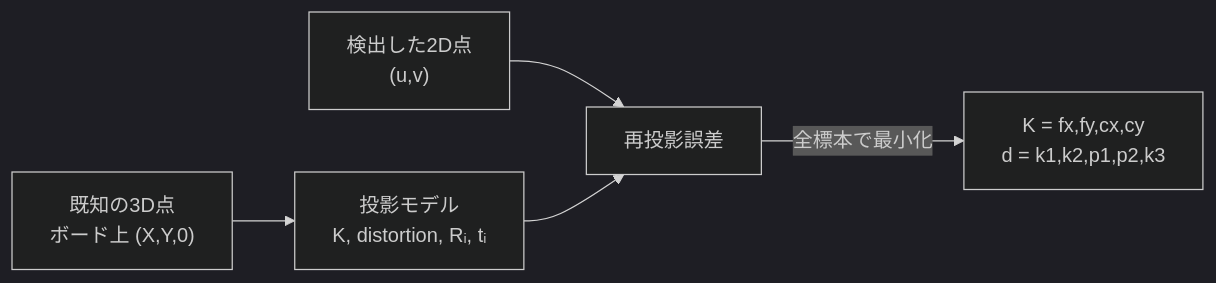
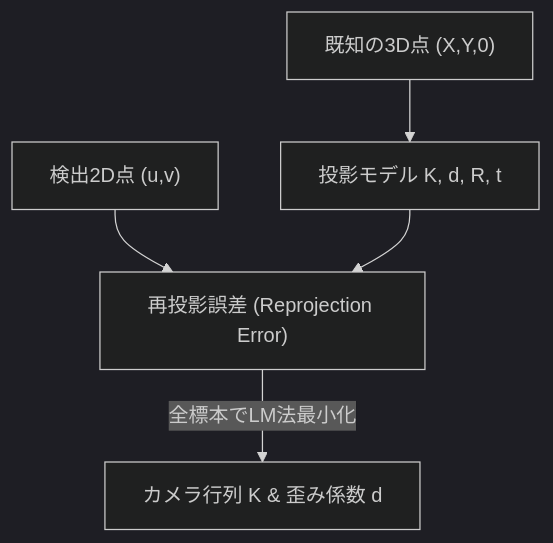
The first of 2 diagrams in presentation.md (tokoik/mfcapture), drawn with Mermaid (dark theme) before and after one commit. The commit also changed other lines of this file and 19 other files, not shown here.

````diff
--- a/presentation.md
+++ b/presentation.md
@@ -97,7 +68,7 @@
 ```mermaid
-flowchart LR
-    A["既知の3D点<br/>ボード上 (X,Y,0)"] --> C["投影モデル<br/>K, distortion, Rᵢ, tᵢ"]
-    B["検出した2D点<br/>(u,v)"] --> D["再投影誤差"]
+flowchart TD
+    A["既知の3D点 (X,Y,0)"] --> C["投影モデル K, d, R, t"]
+    B["検出2D点 (u,v)"] --> D["再投影誤差 (Reprojection Error)"]
     C --> D
-    D -->|"全標本で最小化"| E["K = fx,fy,cx,cy<br/>d = k1,k2,p1,p2,k3"]
+    D -->|"全標本でLM法最小化"| E["カメラ行列 K & 歪み係数 d"]
 ```
````
